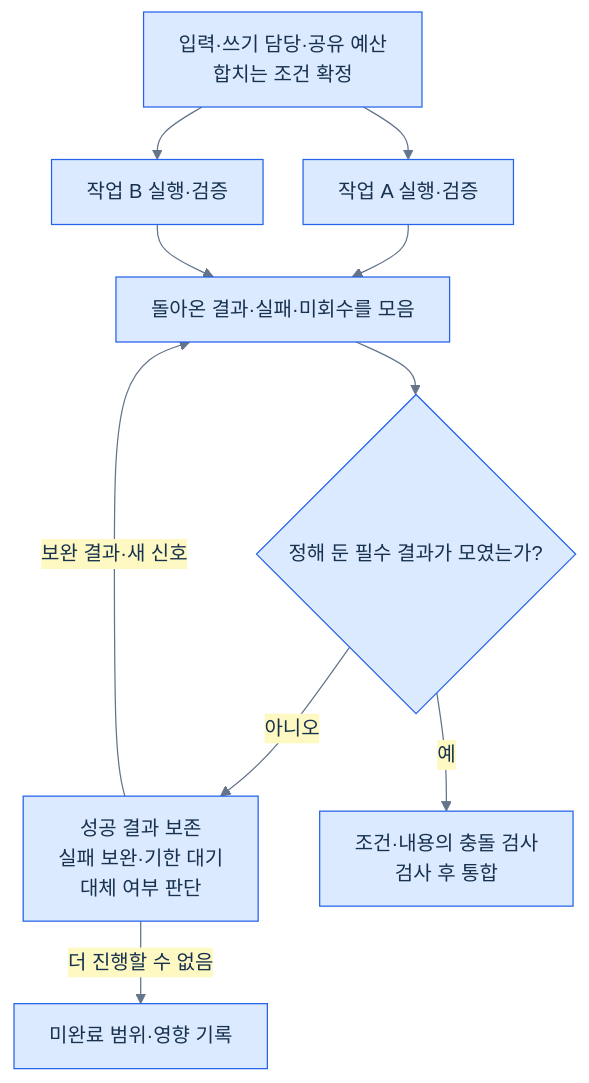
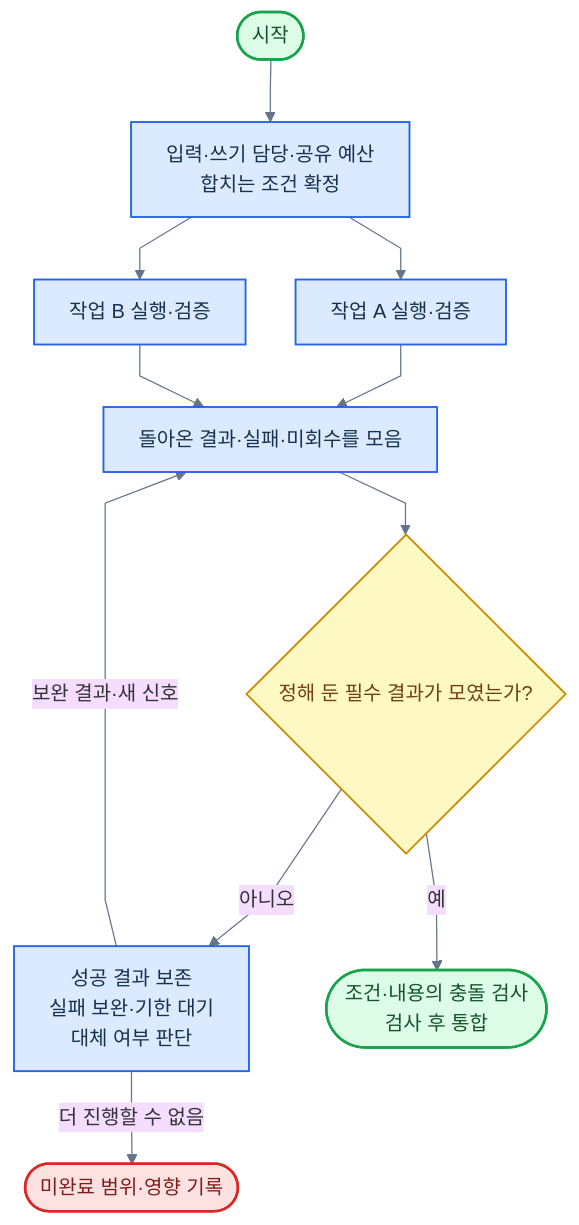
The ninth of 17 diagrams in 전문가 에이전트 정의 2.md (harisbaguette/expert), drawn with Mermaid before and after one commit. The commit also changed other lines of this file, not shown here.

````diff
--- a/전문가 에이전트 정의 2.md
+++ b/전문가 에이전트 정의 2.md
@@ -297,14 +395,28 @@
 ```mermaid
-%%{init: {"theme": "base", "themeVariables": {"fontFamily": "Arial, sans-serif", "fontSize": "16px", "primaryColor": "#dbeafe", "primaryTextColor": "#17314f", "primaryBorderColor": "#2563eb", "lineColor": "#64748b", "secondaryColor": "#fef9c3", "tertiaryColor": "#f8fafc"}, "flowchart": {"curve": "basis", "nodeSpacing": 32, "rankSpacing": 42, "padding": 14, "wrappingWidth": 240, "useMaxWidth": true}}}%%
+%%{init: {"theme":"base","themeVariables":{"fontFamily":"Arial, sans-serif","fontSize":"16px","lineColor":"#64748b"},"flowchart":{"curve":"linear","nodeSpacing":40,"rankSpacing":50,"padding":14,"wrappingWidth":240,"useMaxWidth":true}}}%%
 flowchart TB
+    S(["시작"])
     A["입력·쓰기 담당·공유 예산<br/>합치는 조건 확정"]
-    A --> B["작업 A 실행·검증"]
-    A --> C["작업 B 실행·검증"]
-    B --> D["돌아온 결과·실패·미회수를 모음"]
-    C --> D
-    D --> E{"정해 둔 필수 결과가 모였는가?"}
-    E -->|아니오| F["성공 결과 보존<br/>실패 보완·기한 대기<br/>대체 여부 판단"]
+    B["작업 A 실행·검증"]
+    C["작업 B 실행·검증"]
+    D["돌아온 결과·실패·미회수를 모음"]
+    E{"정해 둔 필수 결과가 모였는가?"}
+    F["성공 결과 보존<br/>실패 보완·기한 대기<br/>대체 여부 판단"]
+    X(["미완료 범위·영향 기록"])
+    G(["조건·내용의 충돌 검사<br/>검사 후 통합"])
+    S --> A
+    A --> B --> D
+    A --> C --> D
+    D --> E
+    E -->|아니오| F
     F -->|보완 결과·새 신호| D
-    F -->|더 진행할 수 없음| X["미완료 범위·영향 기록"]
-    E -->|예| G["조건·내용의 충돌 검사<br/>검사 후 통합"]
+    F -->|더 진행할 수 없음| X
+    E -->|예| G
+    classDef default fill:#dbeafe,stroke:#2563eb,stroke-width:1.5px,color:#17314f
+    classDef term fill:#dcfce7,stroke:#16a34a,stroke-width:2px,color:#14532d
+    classDef stop fill:#fee2e2,stroke:#dc2626,stroke-width:2px,color:#7f1d1d
+    classDef dec fill:#fef9c3,stroke:#ca8a04,stroke-width:1.5px,color:#713f12
+    class S,G term
+    class X stop
+    class E dec
 ```
````
